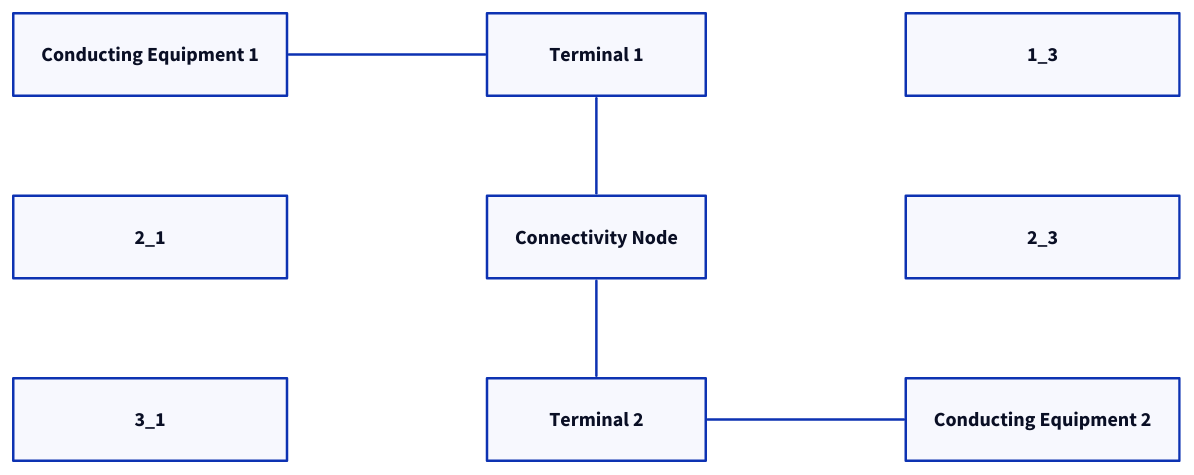
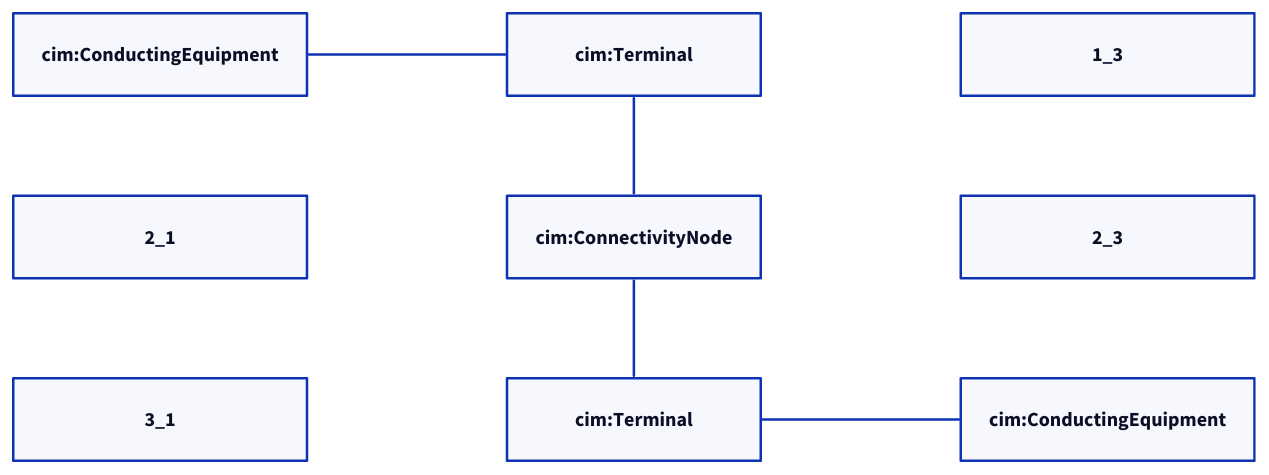
The diagram in src/docs/modules/ROOT/partials/connectivity/ConnectivityNode.d2 (Netbeheer-Nederland/modeling-guidelines), drawn with D2 before and after one commit. The commit also changed 5 other files, not shown here.

```diff
--- a/src/docs/modules/ROOT/partials/connectivity/ConnectivityNode.d2
+++ b/src/docs/modules/ROOT/partials/connectivity/ConnectivityNode.d2
@@ -1,23 +1,23 @@
 grid-rows: 3
 grid-columns: 3
 
 vertical-gap: 80
 horizontal-gap: 160
 
-CE1: "Conducting Equipment 1" {class: [grid]}
-T1: "Terminal 1" {class: [grid]}
+CE1: "cim:ConductingEquipment" {class: [grid]}
+T1: "cim:Terminal" {class: [grid]}
 1_3 {class:[empty]}
 
 
 2_1 {class:[empty]}
-CN: "Connectivity Node" {class: [grid]}
+CN: "cim:ConnectivityNode" {class: [grid]}
 2_3 {class:[empty]}
 
 3_1 {class:[empty]}
-T2: "Terminal 2" {class: [grid]}
-CE2: "Conducting Equipment 2" {class: [grid]}
+T2: "cim:Terminal" {class: [grid]}
+CE2: "cim:ConductingEquipment" {class: [grid]}
 
 CE1 -- T1 
 T1 -- CN 
 CN -- T2 
 T2 -- CE2
```
